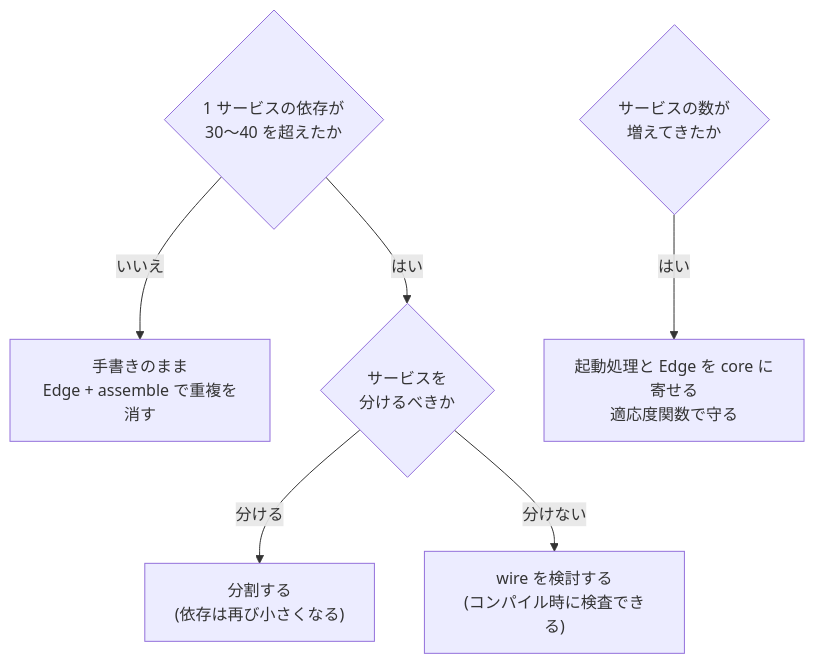
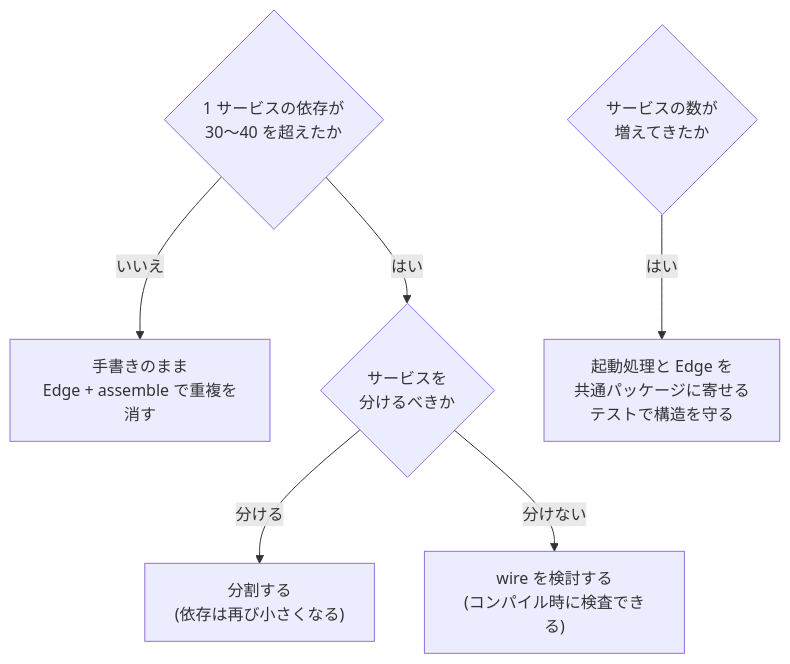
Before and after one commit to rikukaInoue/rikukadev: the sixth of 6 diagrams in src/content/blog/go-di-library-when.mdx, drawn with Mermaid. The commit also changed other lines of this file, not shown here.

````diff
--- a/src/content/blog/go-di-library-when.mdx
+++ b/src/content/blog/go-di-library-when.mdx
@@ -266,9 +411,9 @@
 ```mermaid
 graph TB
     Q1{"1 サービスの依存が<br/>30〜40 を超えたか"}
     Q1 -->|"いいえ"| A1["手書きのまま<br/>Edge + assemble で重複を消す"]
     Q1 -->|"はい"| Q2{"サービスを<br/>分けるべきか"}
     Q2 -->|"分ける"| A2["分割する<br/>(依存は再び小さくなる)"]
     Q2 -->|"分けない"| A3["wire を検討する<br/>(コンパイル時に検査できる)"]
-    Q3{"サービスの数が<br/>増えてきたか"} -->|"はい"| A4["起動処理と Edge を core に寄せる<br/>適応度関数で守る"]
+    Q3{"サービスの数が<br/>増えてきたか"} -->|"はい"| A4["起動処理と Edge を<br/>共通パッケージに寄せる<br/>テストで構造を守る"]
 ```
````
